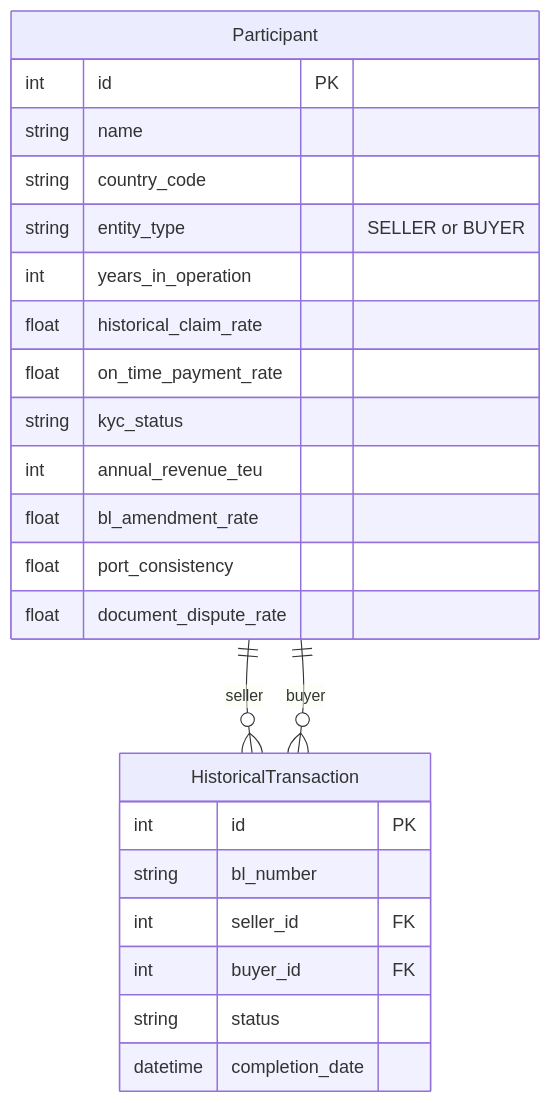
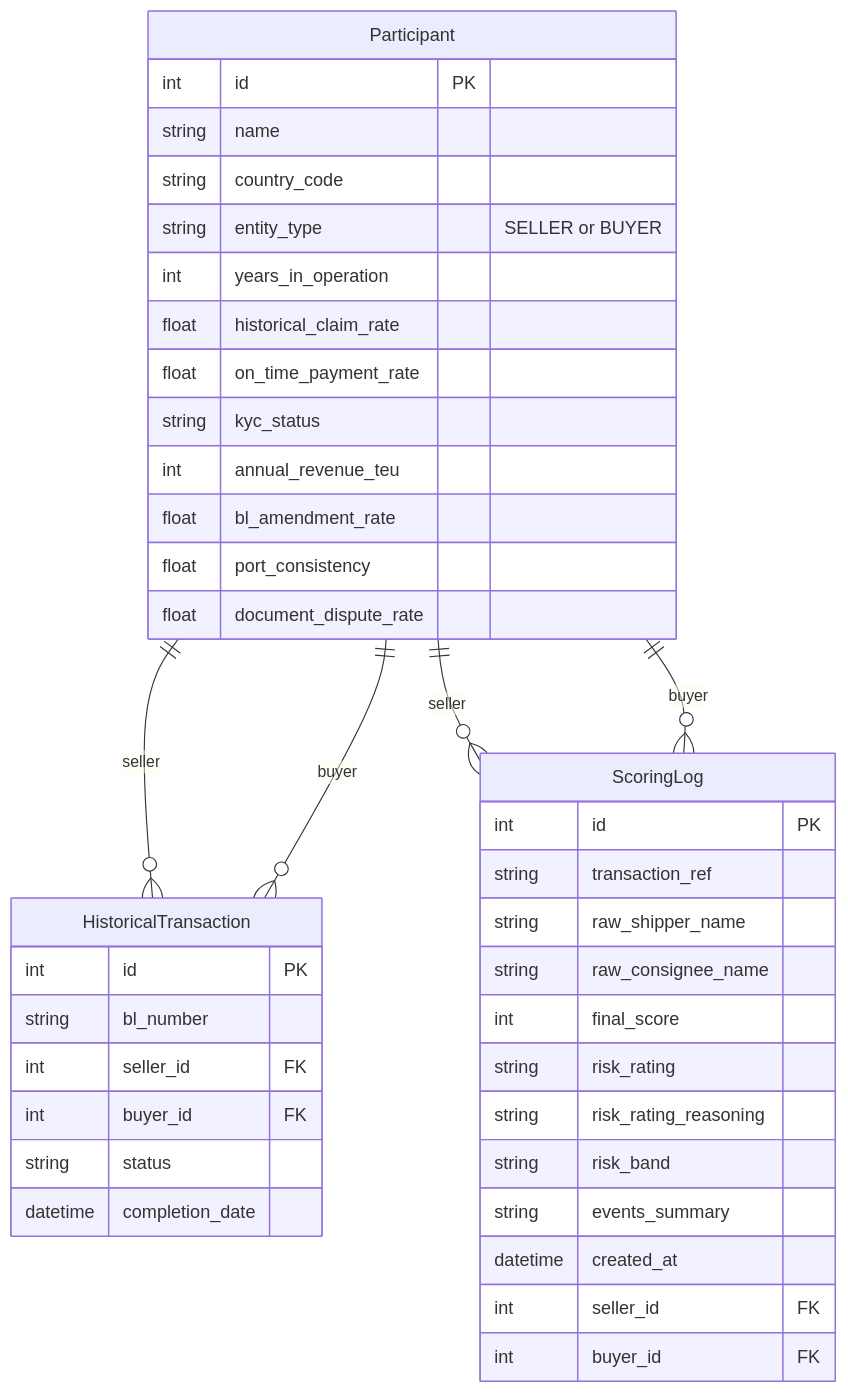
Before and after one commit to patriya-piyawiroj/willitship: the diagram in risk/README.md, drawn with Mermaid. The commit also changed other lines of this file and 6 other files, not shown here.

Commit message:
feat: Implement dashboard functionality with new API endpoints for historical risk assessments and statistics, utilizing a new ScoringLog database model.

````diff
--- a/risk/README.md
+++ b/risk/README.md
@@ -174,29 +183,46 @@
 ```mermaid
 erDiagram
     Participant {
         int id PK
         string name
         string country_code
         string entity_type "SELLER or BUYER"
         int years_in_operation
         float historical_claim_rate
         float on_time_payment_rate
         string kyc_status
         int annual_revenue_teu
         float bl_amendment_rate
         float port_consistency
         float document_dispute_rate
     }
 
     HistoricalTransaction {
         int id PK
         string bl_number
         int seller_id FK
         int buyer_id FK
         string status
         datetime completion_date
     }
 
+    ScoringLog {
+        int id PK
+        string transaction_ref
+        string raw_shipper_name
+        string raw_consignee_name
+        int final_score
+        string risk_rating
+        string risk_rating_reasoning
+        string risk_band
+        string events_summary
+        datetime created_at
+        int seller_id FK
+        int buyer_id FK
+    }
+
     Participant ||--o{ HistoricalTransaction : "seller"
     Participant ||--o{ HistoricalTransaction : "buyer"
+    Participant ||--o{ ScoringLog : "seller"
+    Participant ||--o{ ScoringLog : "buyer"
 ```
````
